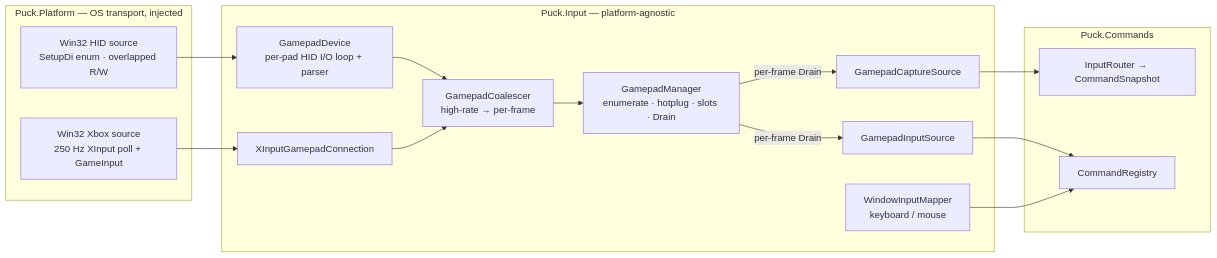
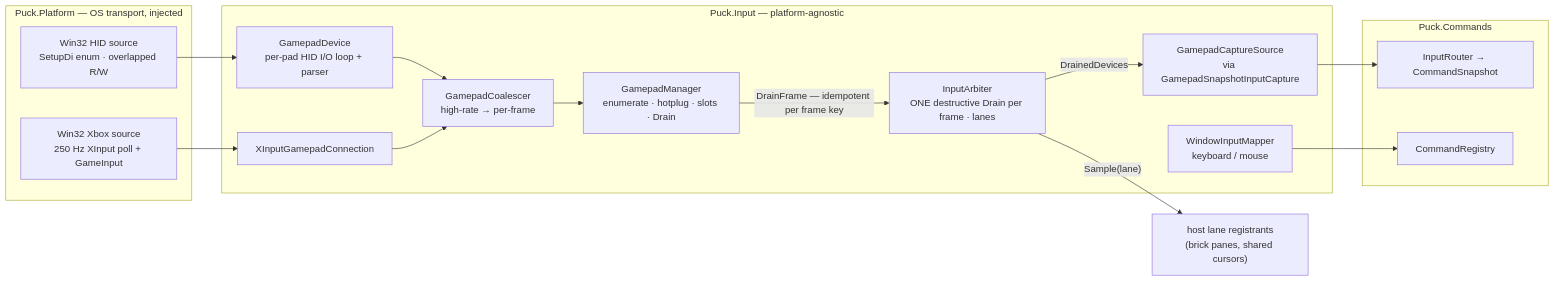
One commit to ByteTerrace/Puck changed the first of 4 diagrams in src/Puck.Input/README.md. Above: the diagram before and after it, drawn with Mermaid. The commit also changed other lines of this file and 2039 other files, not shown here.

````diff
--- a/src/Puck.Input/README.md
+++ b/src/Puck.Input/README.md
@@ -36,29 +38,30 @@
 ```mermaid
 flowchart LR
     subgraph platform["Puck.Platform — OS transport, injected"]
         hidsrc["Win32 HID source<br/>SetupDi enum · overlapped R/W"]
         xboxsrc["Win32 Xbox source<br/>250 Hz XInput poll + GameInput"]
     end
 
     subgraph input["Puck.Input — platform-agnostic"]
         dev["GamepadDevice<br/>per-pad HID I/O loop + parser"]
         xconn["XInputGamepadConnection"]
         coal["GamepadCoalescer<br/>high-rate → per-frame"]
         mgr["GamepadManager<br/>enumerate · hotplug · slots · Drain"]
-        capture["GamepadCaptureSource"]
-        direct["GamepadInputSource"]
+        arb["InputArbiter<br/>ONE destructive Drain per frame · lanes"]
+        capture["GamepadCaptureSource<br/>via GamepadSnapshotInputCapture"]
         kbd["WindowInputMapper<br/>keyboard / mouse"]
     end
 
     subgraph commands["Puck.Commands"]
         router["InputRouter → CommandSnapshot"]
         registry["CommandRegistry"]
     end
 
     hidsrc --> dev --> coal
     xboxsrc --> xconn --> coal
     coal --> mgr
-    mgr -->|"per-frame Drain"| capture --> router
-    mgr -->|"per-frame Drain"| direct --> registry
+    mgr -->|"DrainFrame — idempotent per frame key"| arb
+    arb -->|"DrainedDevices"| capture --> router
+    arb -->|"Sample(lane)"| lanes["host lane registrants<br/>(brick panes, shared cursors)"]
     kbd --> registry
 ```
````
